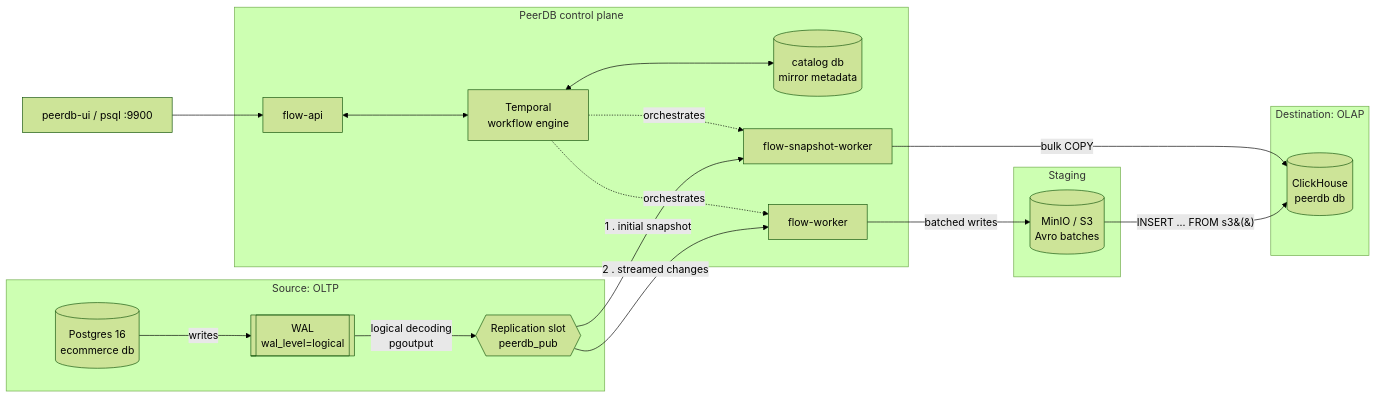
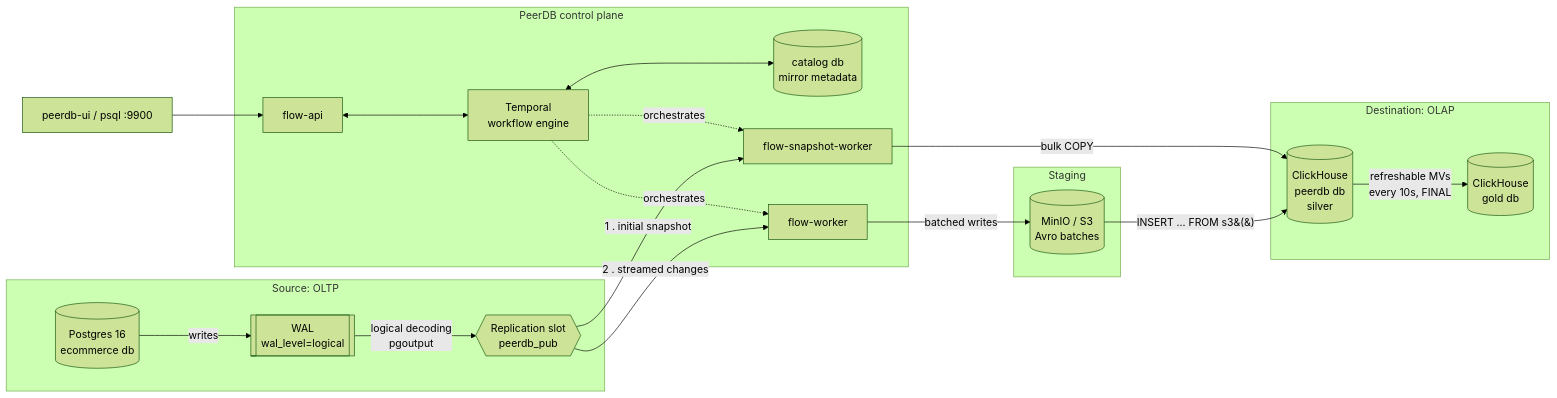
The diagram in README.md (salbifaza/stream-cdc-peerdb), drawn with Mermaid (forest theme) before and after one commit. The commit also changed other lines of this file and 10 other files, not shown here.

First line of the commit message:
Add Stage 5: gold layer with refreshable materialized views

````diff
--- a/README.md
+++ b/README.md
@@ -156,38 +170,40 @@
 ```mermaid
 flowchart LR
     subgraph Source["Source: OLTP"]
         PG[(Postgres 16<br/>ecommerce db)]
         WAL[[WAL<br/>wal_level=logical]]
         SLOT{{Replication slot<br/>peerdb_pub}}
         PG -- writes --> WAL
         WAL -- logical decoding<br/>pgoutput --> SLOT
     end
 
     subgraph Control["PeerDB control plane"]
         TEMPORAL[Temporal<br/>workflow engine]
         CATALOG[(catalog db<br/>mirror metadata)]
         API[flow-api]
         SNAP[flow-snapshot-worker]
         WORKER[flow-worker]
         API <--> TEMPORAL
         TEMPORAL <--> CATALOG
         TEMPORAL -.orchestrates.-> SNAP
         TEMPORAL -.orchestrates.-> WORKER
     end
 
     subgraph Stage["Staging"]
         S3[(MinIO / S3<br/>Avro batches)]
     end
 
     subgraph Dest["Destination: OLAP"]
-        CH[(ClickHouse<br/>peerdb db)]
+        CH[(ClickHouse<br/>peerdb db<br/>silver)]
+        GOLD[(ClickHouse<br/>gold db)]
+        CH -- refreshable MVs<br/>every 10s, FINAL --> GOLD
     end
 
     SLOT -- 1 . initial snapshot --> SNAP
     SLOT -- 2 . streamed changes --> WORKER
     SNAP -- bulk COPY --> CH
     WORKER -- batched writes --> S3
     S3 -- INSERT ... FROM s3&#40;&#41; --> CH
 
     UI[peerdb-ui / psql :9900] --> API
 ```
````
